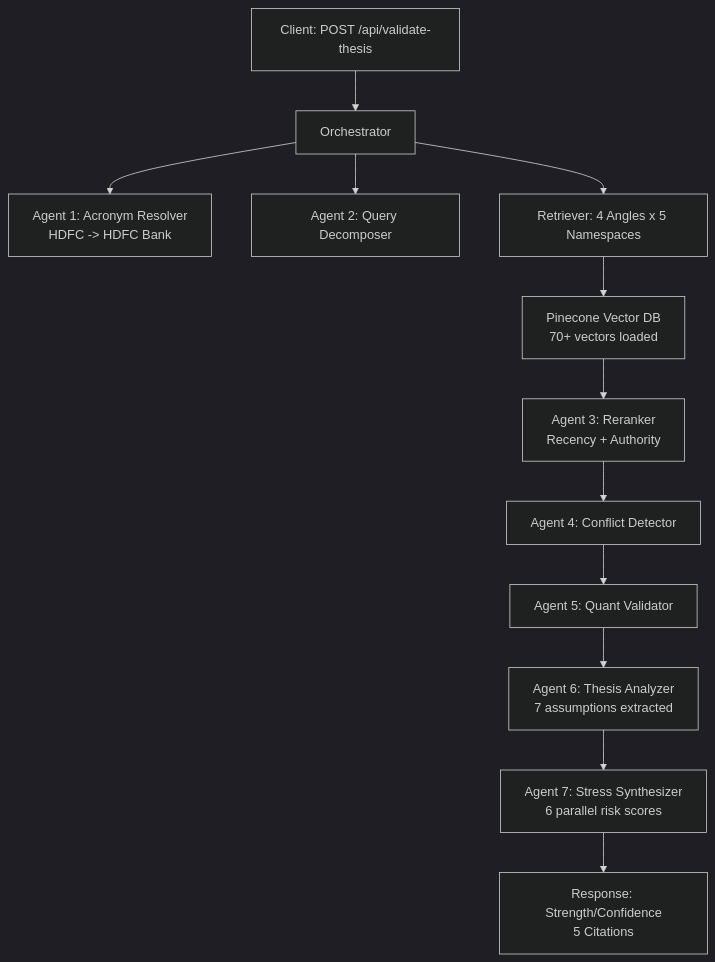
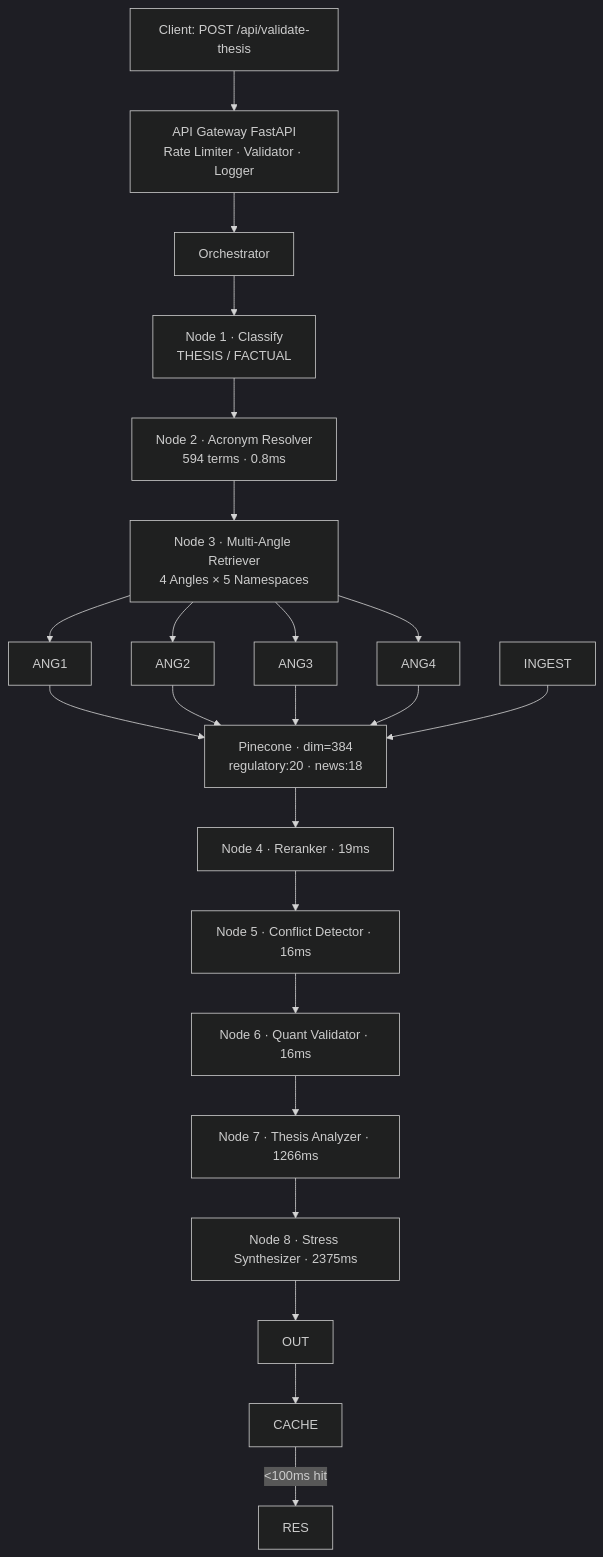
Before and after one commit to Mithun-VK/FinThesisGuard_AI: the diagram in README.md, drawn with Mermaid (dark theme). The commit also changed other lines of this file, not shown here.

Commit message:
Update architecture diagram in README.md

````diff
--- a/README.md
+++ b/README.md
@@ -36,14 +36,16 @@
 ```mermaid
 graph TD
-    A["Client: POST /api/validate-thesis"] --> B["Orchestrator"]
-    B --> C1["Agent 1: Acronym Resolver\nHDFC -> HDFC Bank"]
-    B --> C2["Agent 2: Query Decomposer"]
-    B --> C3["Retriever: 4 Angles x 5 Namespaces"]
-    C3 --> D["Pinecone Vector DB\n70+ vectors loaded"]
-    D --> E1["Agent 3: Reranker\nRecency + Authority"]
-    E1 --> E2["Agent 4: Conflict Detector"]
-    E2 --> E3["Agent 5: Quant Validator"]
-    E3 --> F["Agent 6: Thesis Analyzer\n7 assumptions extracted"]
-    F --> G["Agent 7: Stress Synthesizer\n6 parallel risk scores"]
-    G --> H["Response: Strength/Confidence\n5 Citations"]
+    A["Client: POST /api/validate-thesis"] --> B["API Gateway FastAPI\nRate Limiter · Validator · Logger"]
+    B --> C["Orchestrator"]
+    C --> N1["Node 1 · Classify\nTHESIS / FACTUAL"]
+    N1 --> N2["Node 2 · Acronym Resolver\n594 terms · 0.8ms"]
+    N2 --> N3["Node 3 · Multi-Angle Retriever\n4 Angles × 5 Namespaces"]
+    N3 --> ANG1 & ANG2 & ANG3 & ANG4 --> DB["Pinecone · dim=384\nregulatory:20 · news:18"]
+    DB --> N4["Node 4 · Reranker · 19ms"]
+    N4 --> N5["Node 5 · Conflict Detector · 16ms"]
+    N5 --> N6["Node 6 · Quant Validator · 16ms"]
+    N6 --> N7["Node 7 · Thesis Analyzer · 1266ms"]
+    N7 --> N8["Node 8 · Stress Synthesizer · 2375ms"]
+    N8 --> OUT --> CACHE -->|"<100ms hit"| RES
+    INGEST --> DB
 ```
````
